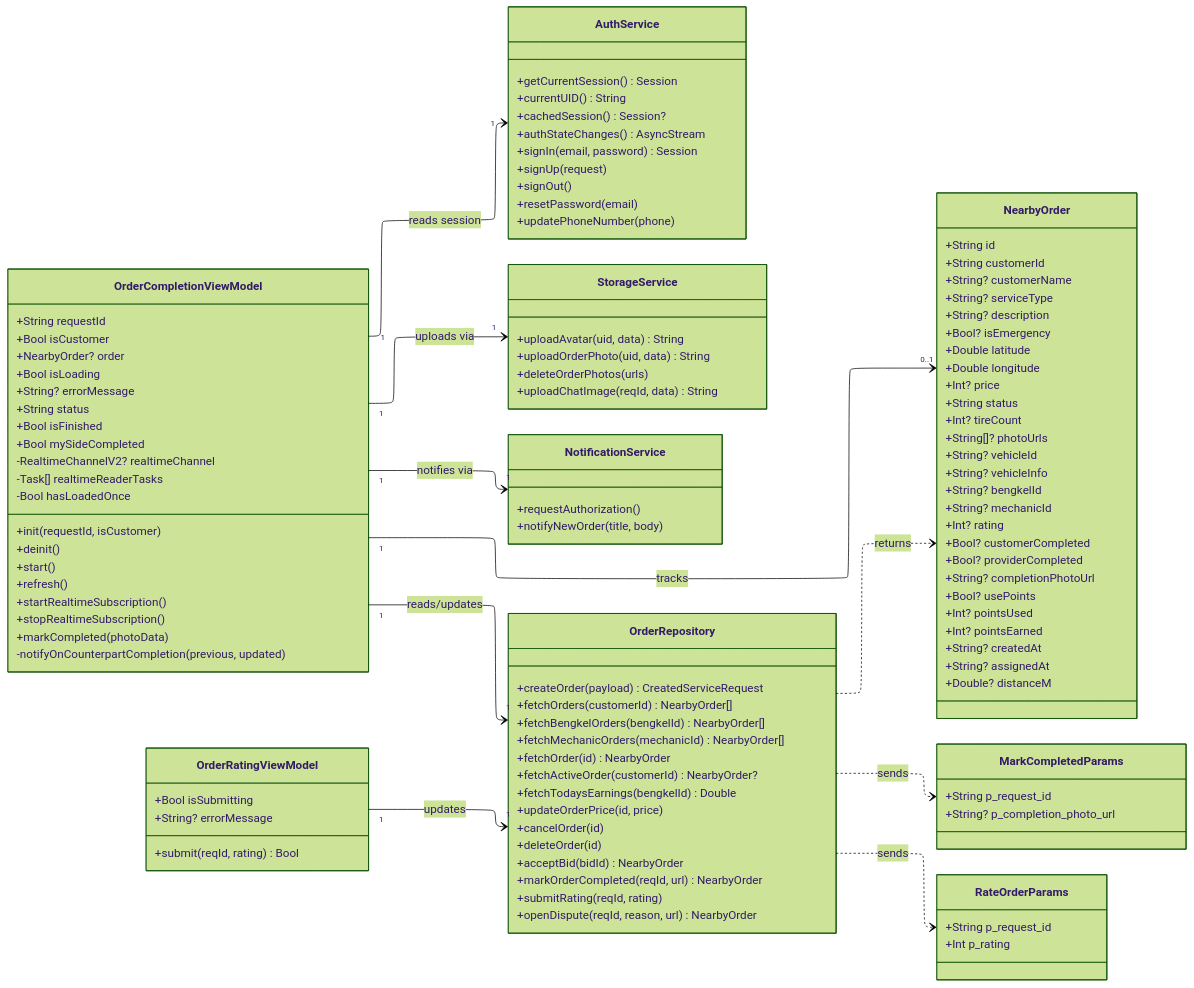
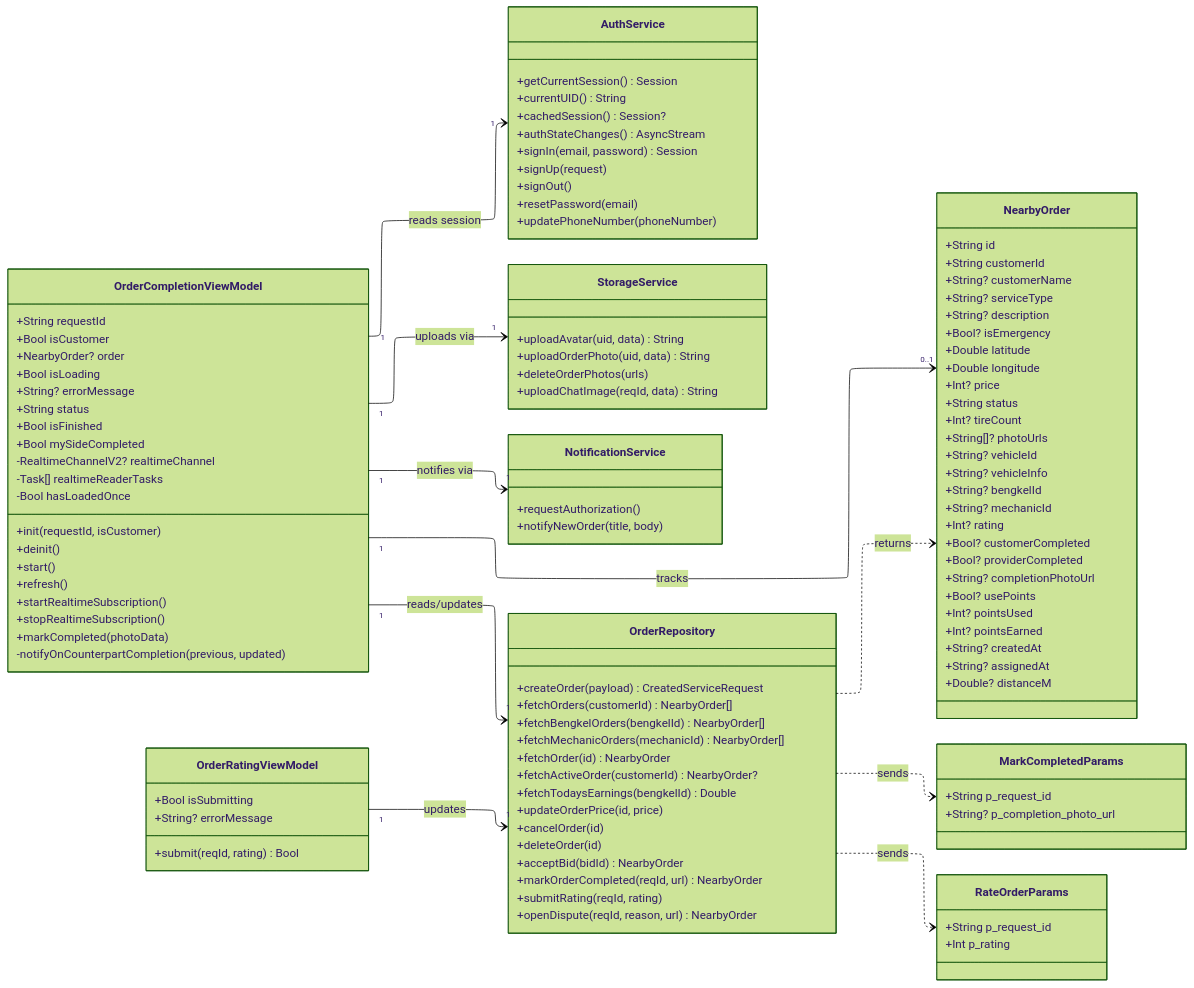
The ninth of 12 diagrams in diagram/feature-class-diagrams.md (rei-soemanto/BengkelIn_SE), drawn with Mermaid (forest theme) before and after one commit. The commit also changed other lines of this file and 2 other files, not shown here.

Commit message:
more accurate full class diagram

```diff
--- a/diagram/feature-class-diagrams.md
+++ b/diagram/feature-class-diagrams.md
@@ -1507,7 +1508,7 @@
         +signUp(request)
         +signOut()
         +resetPassword(email)
-        +updatePhoneNumber(phone)
+        +updatePhoneNumber(phoneNumber)
     }
     class StorageService {
         +uploadAvatar(uid, data) String
```
